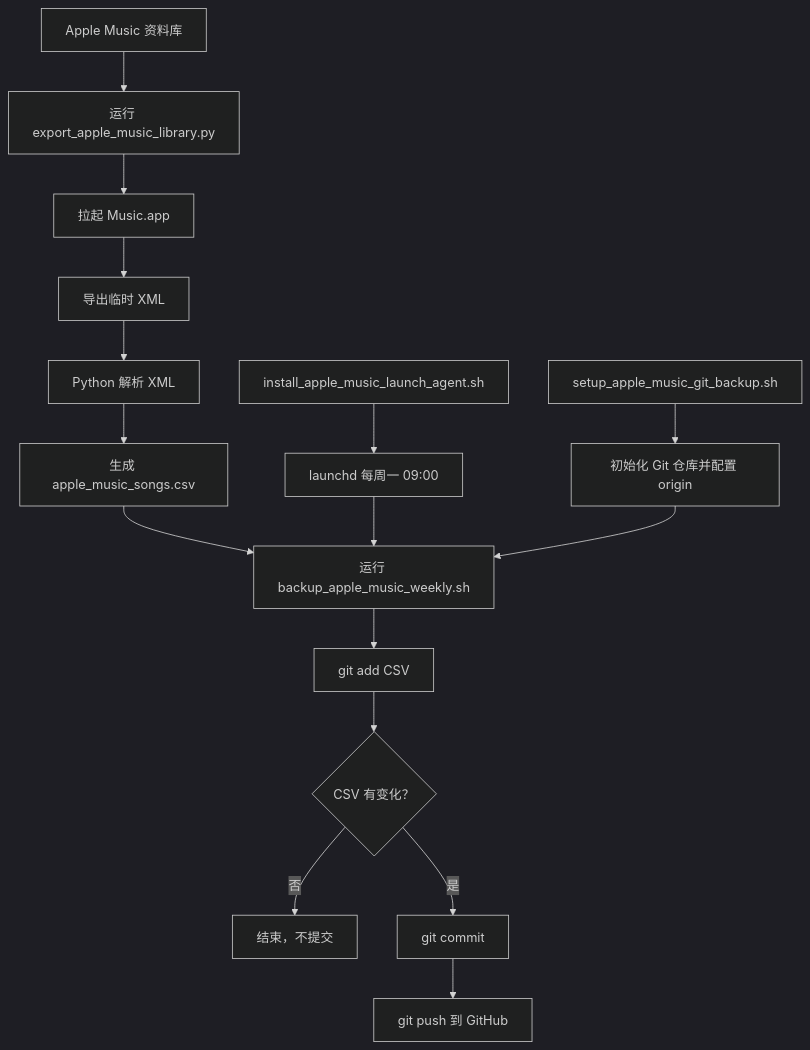
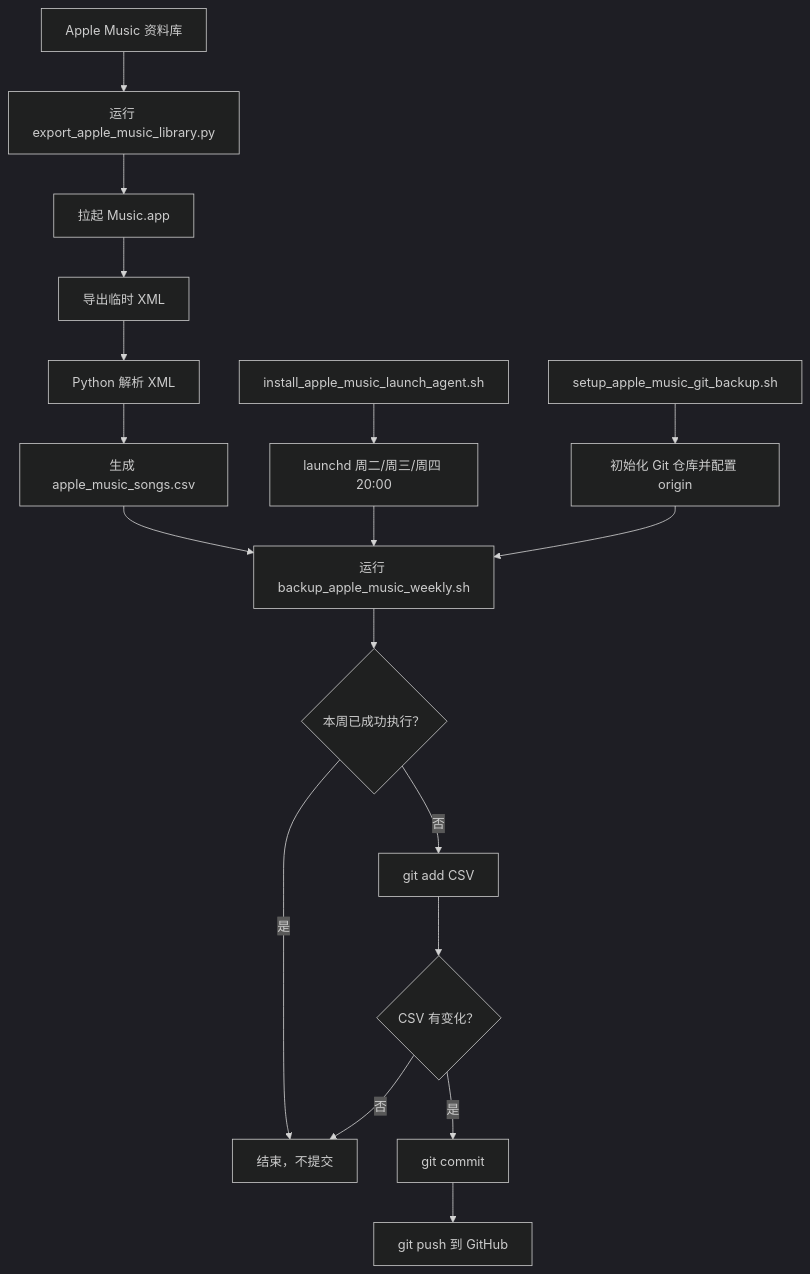
The diagram in README.md (kieran107/appleMusic-backup), drawn with Mermaid (dark theme) before and after one commit. The commit also changed other lines of this file and 4 other files, not shown here.

````diff
--- a/README.md
+++ b/README.md
@@ -109,20 +116,22 @@
 ```mermaid
 flowchart TD
     A["Apple Music 资料库"] --> B["运行 export_apple_music_library.py"]
     B --> C["拉起 Music.app"]
     C --> D["导出临时 XML"]
     D --> E["Python 解析 XML"]
     E --> F["生成 apple_music_songs.csv"]
 
     F --> G["运行 backup_apple_music_weekly.sh"]
-    G --> H["git add CSV"]
+    G --> Q{"本周已成功执行？"}
+    Q -- "是" --> J["结束，不提交"]
+    Q -- "否" --> H["git add CSV"]
     H --> I{"CSV 有变化？"}
-    I -- "否" --> J["结束，不提交"]
+    I -- "否" --> J
     I -- "是" --> K["git commit"]
     K --> L["git push 到 GitHub"]
 
-    M["launchd 每周一 09:00"] --> G
+    M["launchd 周二/周三/周四 20:00"] --> G
     N["install_apple_music_launch_agent.sh"] --> M
     O["setup_apple_music_git_backup.sh"] --> P["初始化 Git 仓库并配置 origin"]
     P --> G
 ```
````
